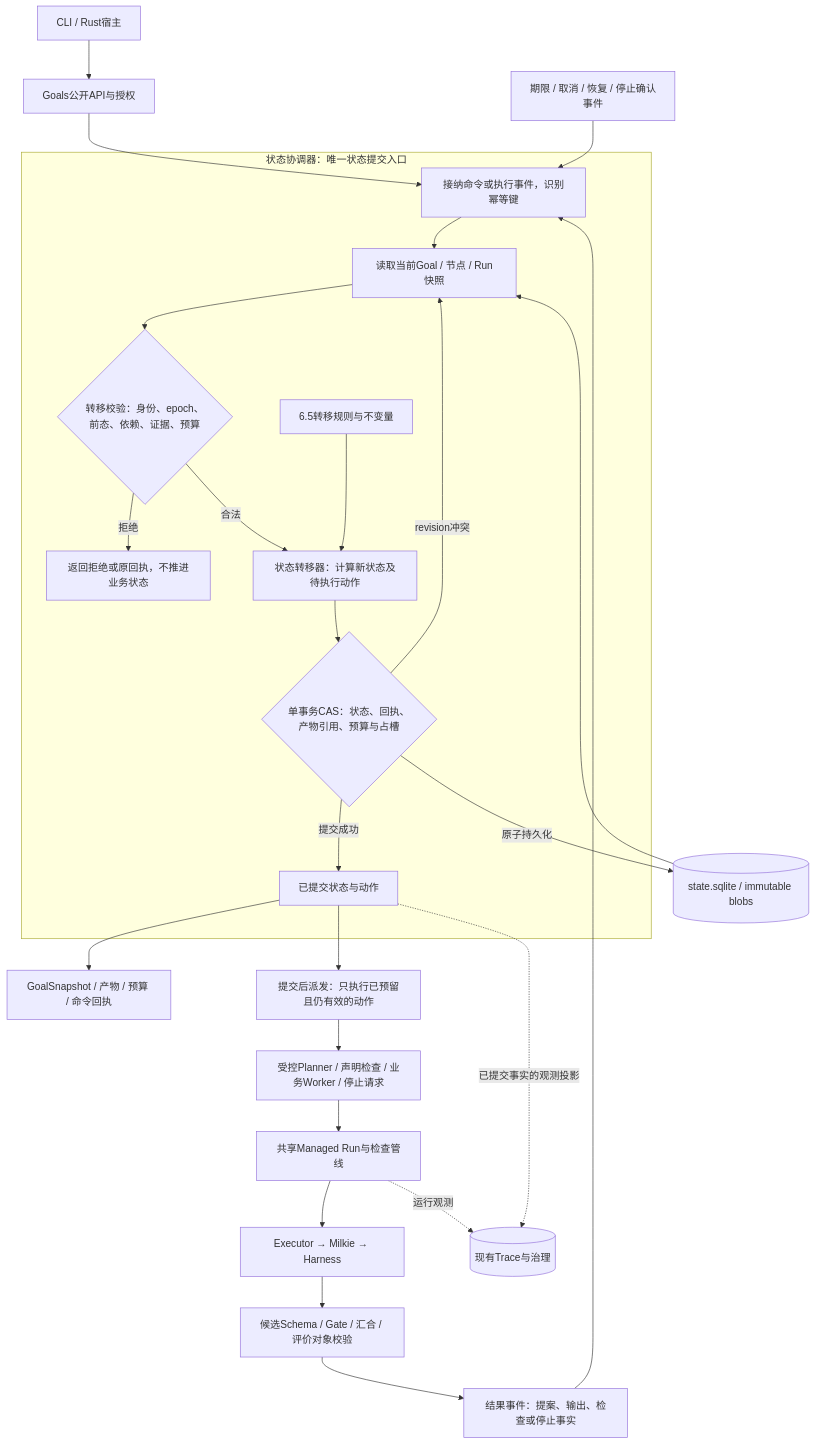
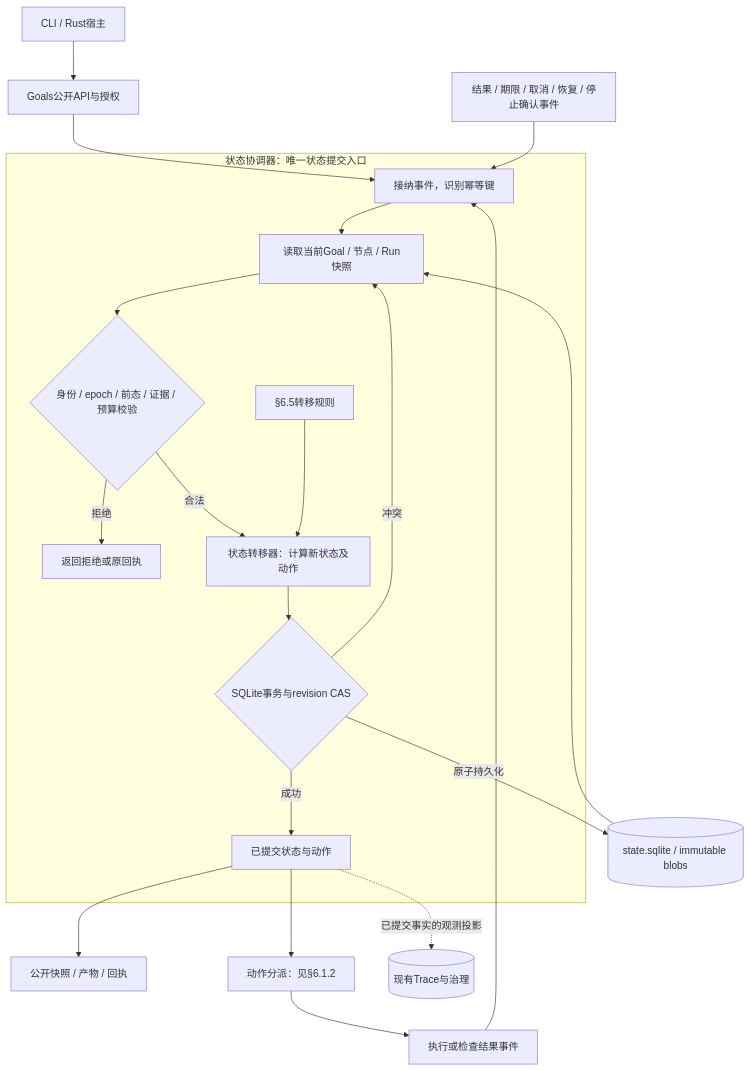
One commit to xforce-io/taskloop changed the second of 4 diagrams in docs/design/10-goal-dag-orchestration.md. Above: the diagram before and after it, drawn with Mermaid. The commit also changed other lines of this file and 1 other file, not shown here.

````diff
--- a/docs/design/10-goal-dag-orchestration.md
+++ b/docs/design/10-goal-dag-orchestration.md
@@ -102,28 +125,23 @@
 ```mermaid
 flowchart TD
  C[CLI / Rust宿主] --> A[Goals公开API与授权]
  A --> E
- K[期限 / 取消 / 恢复 / 停止确认事件] --> E
+ K[结果 / 期限 / 取消 / 恢复 / 停止确认事件] --> E
  subgraph Q[状态协调器：唯一状态提交入口]
-  E[接纳命令或执行事件，识别幂等键] --> R[读取当前Goal / 节点 / Run快照]
-  R --> V{转移校验：身份、epoch、前态、依赖、证据、预算}
-  V -->|拒绝| X[返回拒绝或原回执，不推进业务状态]
-  V -->|合法| D[状态转移器：计算新状态及待执行动作]
-  RULE[6.5转移规则与不变量] --> D
-  D --> TX{单事务CAS：状态、回执、产物引用、预算与占槽}
-  TX -->|revision冲突| R
-  TX -->|提交成功| F[已提交状态与动作]
+  E[接纳事件，识别幂等键] --> R[读取当前Goal / 节点 / Run快照]
+  R --> V{身份 / epoch / 前态 / 证据 / 预算校验}
+  V -->|拒绝| X[返回拒绝或原回执]
+  V -->|合法| D[状态转移器：计算新状态及动作]
+  RULE[§6.5转移规则] --> D
+  D --> TX{SQLite事务与revision CAS}
+  TX -->|冲突| R
+  TX -->|成功| F[已提交状态与动作]
  end
  DB[(state.sqlite / immutable blobs)] --> R
  TX -->|原子持久化| DB
- F --> O[GoalSnapshot / 产物 / 预算 / 命令回执]
- F --> S[提交后派发：只执行已预留且仍有效的动作]
- S --> P[受控Planner / 声明检查 / 业务Worker / 停止请求]
- P --> M[共享Managed Run与检查管线]
- M --> H[Executor → Milkie → Harness]
- H --> G[候选Schema / Gate / 汇合 / 评价对象校验]
- G --> B[结果事件：提案、输出、检查或停止事实]
+ F --> O[公开快照 / 产物 / 回执]
+ F --> S[动作分派：见§6.1.2]
+ S --> B[执行或检查结果事件]
  B --> E
  F -.已提交事实的观测投影.-> T[(现有Trace与治理)]
- M -.运行观测.-> T
 ```
````
